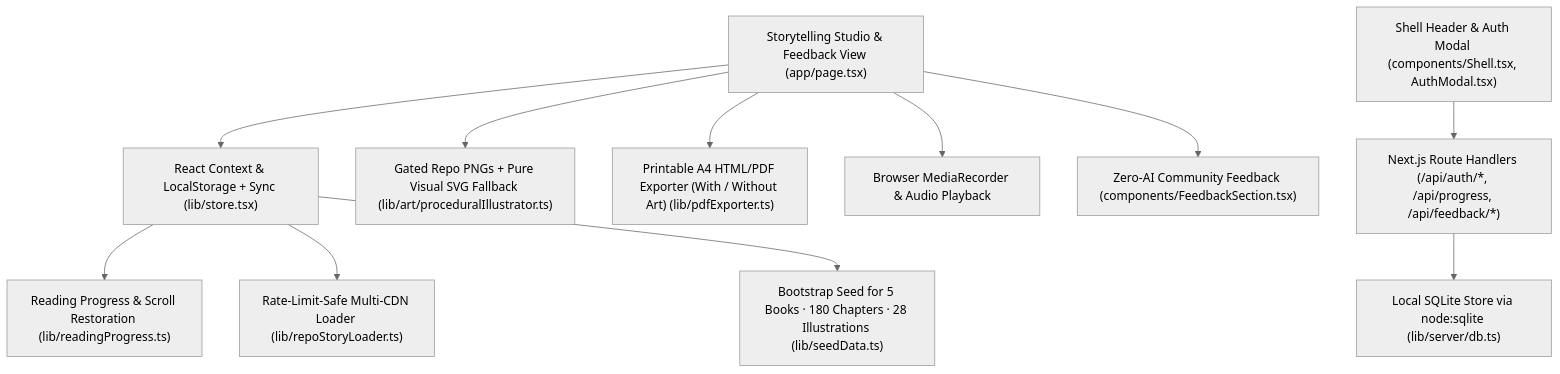
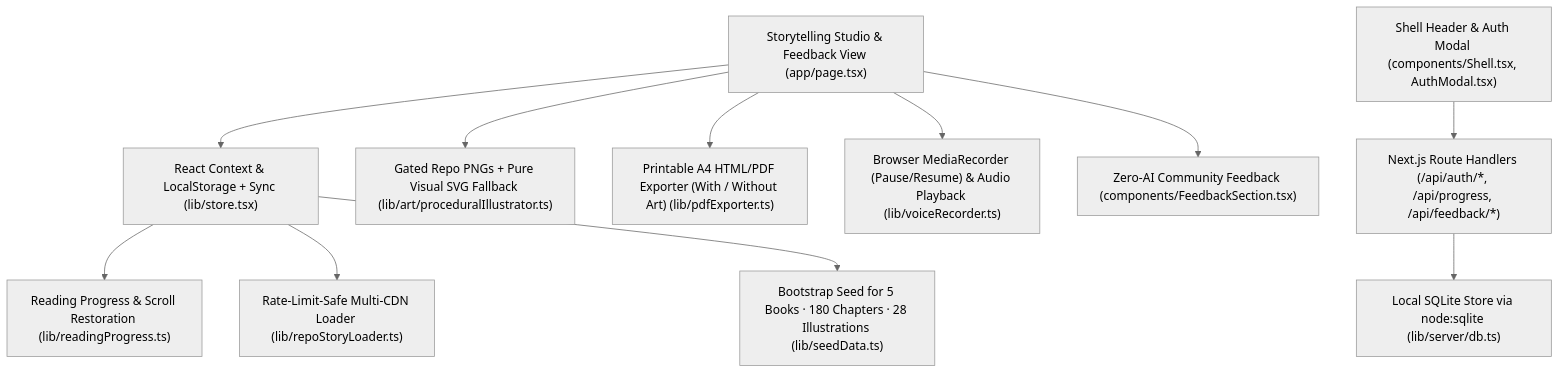
Before and after one commit to minhxuvi/ViWaldorf-harness: the diagram in harness/specs/01-architecture-overview.md, drawn with Mermaid (neutral theme). The commit also changed other lines of this file and 12 other files, not shown here.

First line of the commit message:
feat: add voice recorder pause/resume functionality with UI updates and multilingual support

````diff
--- a/harness/specs/01-architecture-overview.md
+++ b/harness/specs/01-architecture-overview.md
@@ -17,13 +17,13 @@
 ```mermaid
 graph TD
     UI["Storytelling Studio & Feedback View (app/page.tsx)"] --> STORE["React Context & LocalStorage + Sync (lib/store.tsx)"]
     STORE --> PROG["Reading Progress & Scroll Restoration (lib/readingProgress.ts)"]
     STORE --> LOADER["Rate-Limit-Safe Multi-CDN Loader (lib/repoStoryLoader.ts)"]
     STORE --> SEED["Bootstrap Seed for 5 Books · 180 Chapters · 28 Illustrations (lib/seedData.ts)"]
     UI --> ART["Gated Repo PNGs + Pure Visual SVG Fallback (lib/art/proceduralIllustrator.ts)"]
     UI --> PDF["Printable A4 HTML/PDF Exporter (With / Without Art) (lib/pdfExporter.ts)"]
-    UI --> MIC["Browser MediaRecorder & Audio Playback"]
+    UI --> MIC["Browser MediaRecorder (Pause/Resume) & Audio Playback (lib/voiceRecorder.ts)"]
     UI --> FB["Zero-AI Community Feedback (components/FeedbackSection.tsx)"]
     HEADER["Shell Header & Auth Modal (components/Shell.tsx, AuthModal.tsx)"] --> AUTH_API["Next.js Route Handlers (/api/auth/*, /api/progress, /api/feedback/*)"]
     AUTH_API --> SQLITE["Local SQLite Store via node:sqlite (lib/server/db.ts)"]
 ```
````
